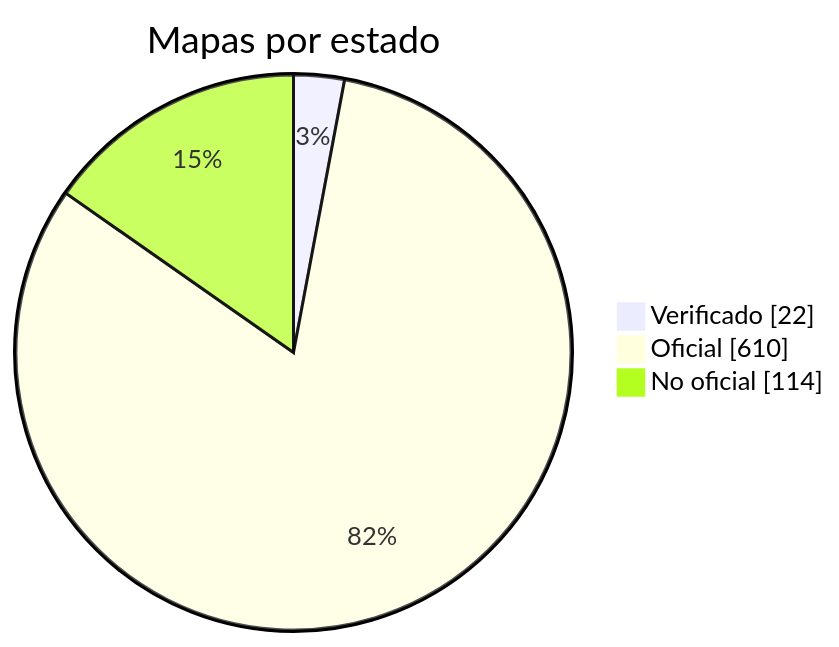
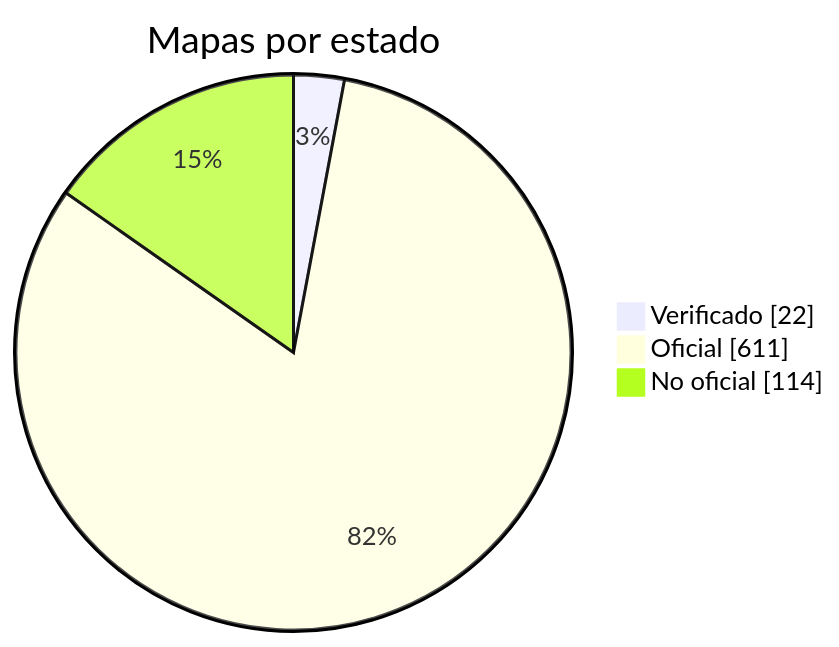
Before and after one commit to nobrega8/mbmap-library: the diagram in docs/readme/README_ES.md, drawn with Mermaid. The commit also changed 6 other files, not shown here.

Commit message:
Add the Contech FT1 thermal mass flow meter map (closes #478) (#549)

````diff
--- a/docs/readme/README_ES.md
+++ b/docs/readme/README_ES.md
@@ -54,7 +54,7 @@
 ```mermaid
 pie showData
     title Mapas por estado
     "Verificado" : 22
-    "Oficial" : 610
+    "Oficial" : 611
     "No oficial" : 114
 ```
````
